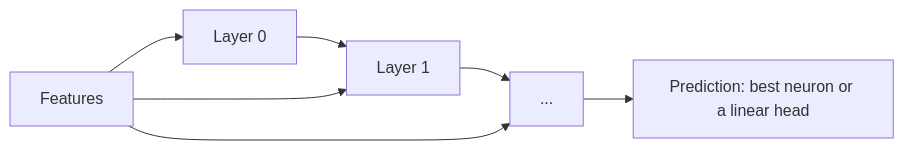
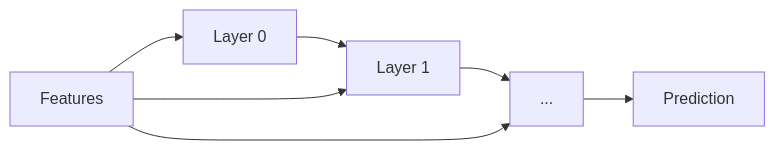
One commit to kvoyager/torchsonn changed the diagram in docs/index.md. Above: the diagram before and after it, drawn with Mermaid. The commit also changed other lines of this file and 35 other files, not shown here.

````diff
--- a/docs/index.md
+++ b/docs/index.md
@@ -30,9 +35,9 @@
 ```mermaid
 flowchart LR
     F[Features] --> L0[Layer 0]
     L0 --> L1[Layer 1]
     F --> L1
     L1 --> L2[...]
     F --> L2
-    L2 --> P[Prediction: best neuron or a linear head]
+    L2 --> P[Prediction]
 ```
````
